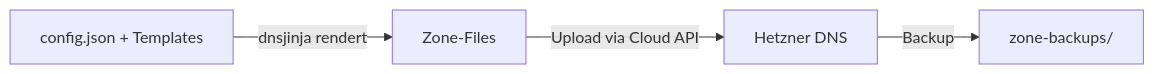
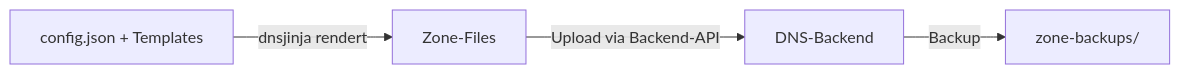
The diagram in docs/index.md (kaijen/dnsjinja), drawn with Mermaid before and after one commit. The commit also changed other lines of this file and 14 other files, not shown here.

````diff
--- a/docs/index.md
+++ b/docs/index.md
@@ -37,6 +38,6 @@
 ```mermaid
 flowchart LR
     A[config.json + Templates] -->|dnsjinja rendert| B[Zone-Files]
-    B -->|Upload via Cloud API| C[Hetzner DNS]
+    B -->|Upload via Backend-API| C[DNS-Backend]
     C -->|Backup| D[zone-backups/]
 ```
````
